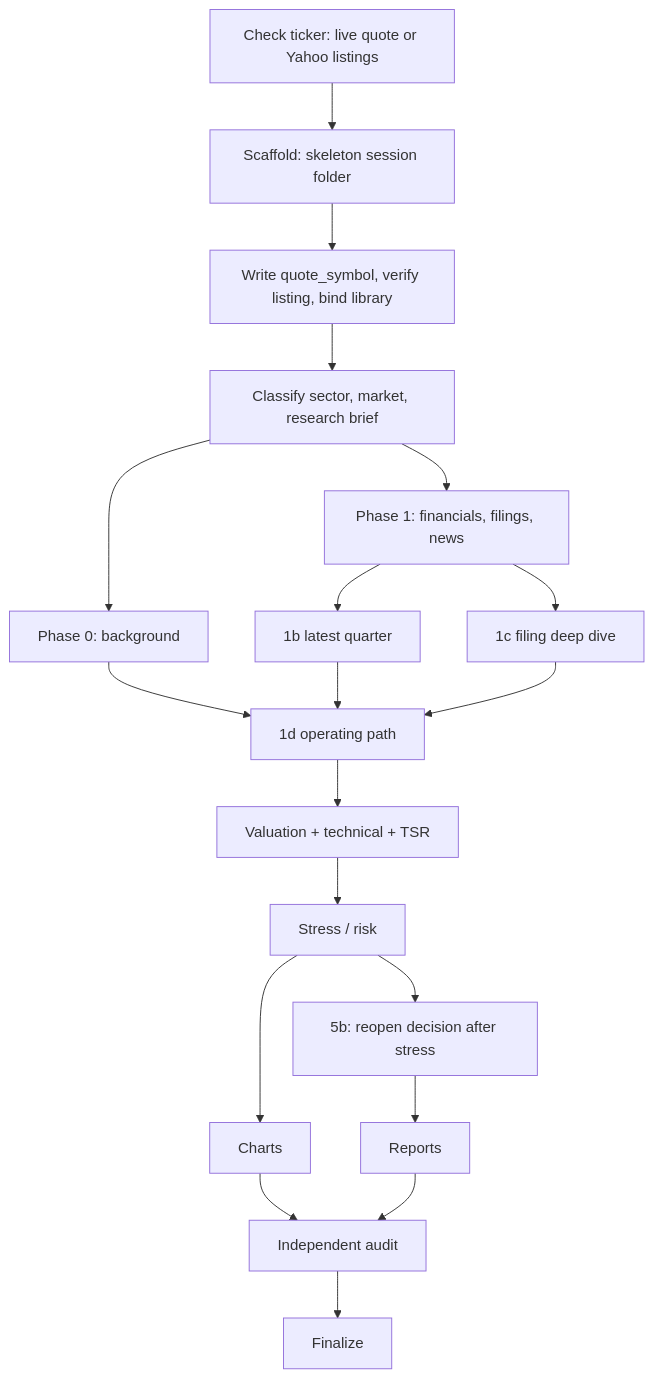
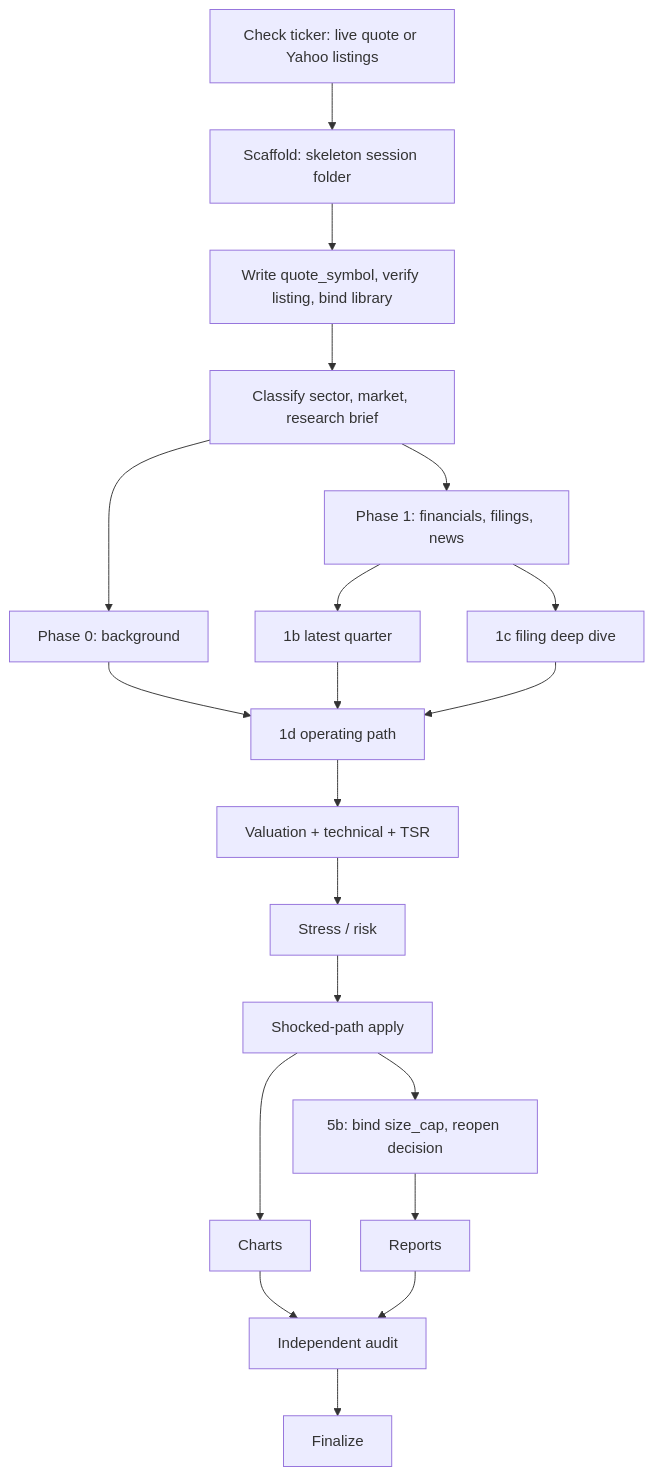
The second of 3 diagrams in ARCHITECTURE.md (hychowah/stock-analyzer), drawn with Mermaid before and after one commit. The commit also changed other lines of this file and 140 other files, not shown here.

First line of the commit message:
Bind stress to size cap from shocked-path FV (2.44.0)

````diff
--- a/ARCHITECTURE.md
+++ b/ARCHITECTURE.md
@@ -121,21 +121,22 @@
 ```mermaid
 flowchart TD
   Check[Check ticker: live quote or Yahoo listings] --> Scaffold[Scaffold: skeleton session folder]
   Scaffold --> Stamp[Write quote_symbol, verify listing, bind library]
   Stamp --> Classify[Classify sector, market, research brief]
   Classify --> P0[Phase 0: background]
   Classify --> P1[Phase 1: financials, filings, news]
   P1 --> P1b[1b latest quarter]
   P1 --> P1c[1c filing deep dive]
   P0 --> P1d[1d operating path]
   P1b --> P1d
   P1c --> P1d
   P1d --> Val[Valuation + technical + TSR]
   Val --> Stress[Stress / risk]
-  Stress --> Reopen[5b: reopen decision after stress]
-  Stress --> Charts[Charts]
+  Stress --> Apply[Shocked-path apply]
+  Apply --> Reopen[5b: bind size_cap, reopen decision]
+  Apply --> Charts[Charts]
   Reopen --> Reports[Reports]
   Charts --> Audit[Independent audit]
   Reports --> Audit
   Audit --> Final[Finalize]
 ```
````
